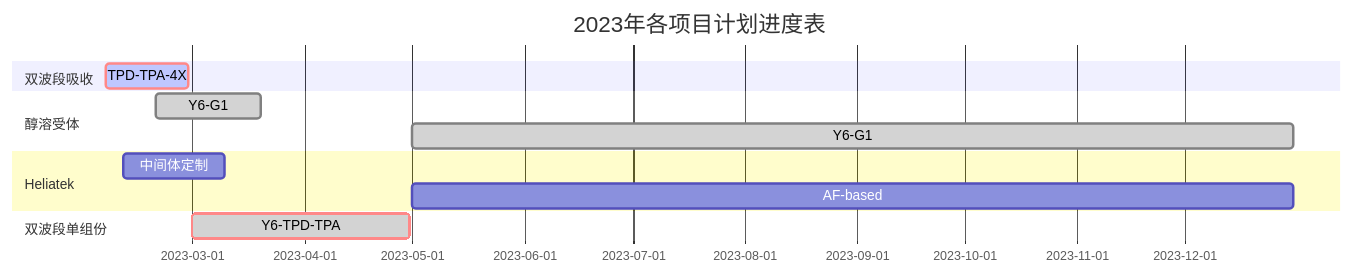
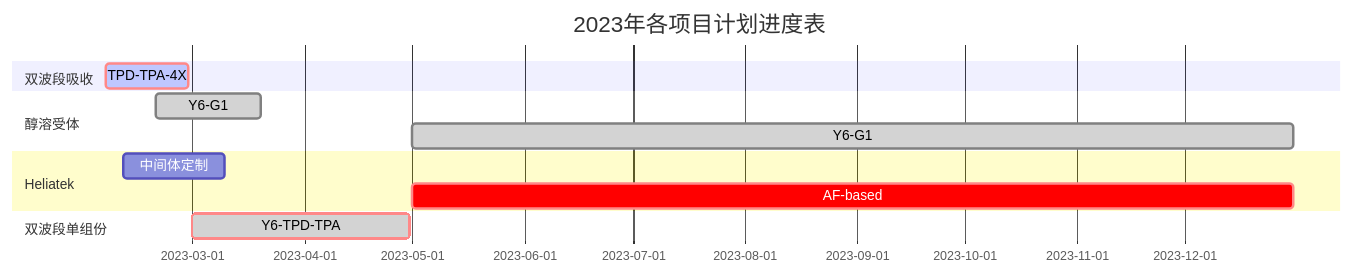
One commit to qiao-ze/qiao-ze.github.io changed the second of 2 diagrams in blog/category1/gantt_weekly.md. Above: the diagram before and after it, drawn with Mermaid.

````diff
--- a/blog/category1/gantt_weekly.md
+++ b/blog/category1/gantt_weekly.md
@@ -50,19 +50,19 @@
 ```mermaid
  gantt
      dateFormat  YY-MM-DD
      title 2023年各项目计划进度表
      section 双波段吸收
      TPD-TPA-4X            :crit, active,   des1, 23-02-05,23-02-28
 
      section 醇溶受体
      Y6-G1            :done,    des1, 23-02-19,23-03-20
      Y6-G1            :done,    des1, 23-05-01,23-12-31
 
      section Heliatek
      中间体定制            :    des1, 23-02-10,23-03-10
-     AF-based             :crit    des2, 23-05-01,23-12-31
+     AF-based             :crit,    des2, 23-05-01,23-12-31
   
      section 双波段单组份
      Y6-TPD-TPA            :crit,done,    des1, 23-03-01,23-04-30
     
 ```
````
